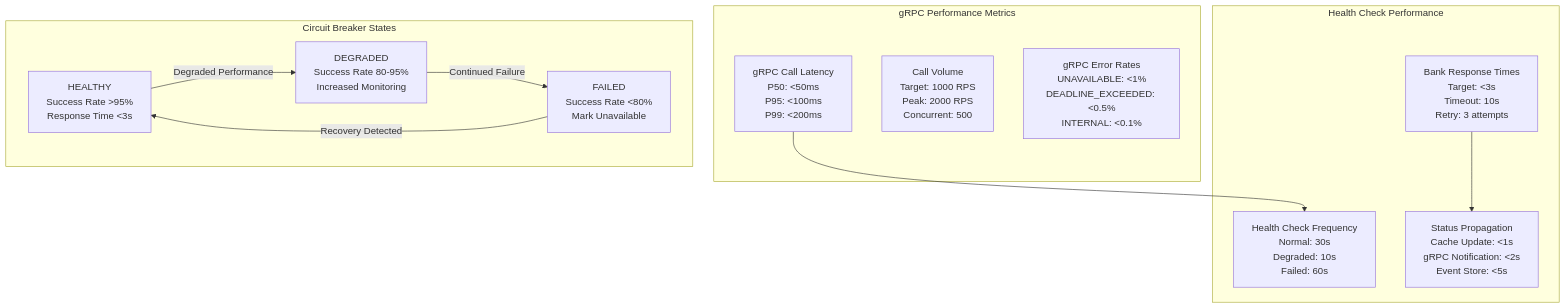
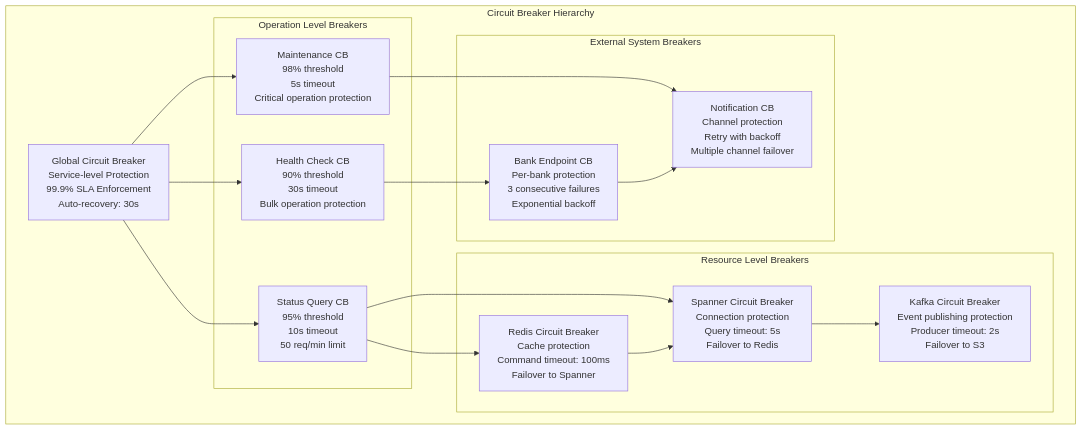
Before and after one commit to hari-p8-io/clearpathgateway: the third of 4 diagrams in docs/diagrams/FAST_AVAILABILITY_SERVICE_TECHNICAL_DIAGRAMS.md, drawn with Mermaid. The commit also changed other lines of this file, not shown here.

````diff
--- a/docs/diagrams/FAST_AVAILABILITY_SERVICE_TECHNICAL_DIAGRAMS.md
+++ b/docs/diagrams/FAST_AVAILABILITY_SERVICE_TECHNICAL_DIAGRAMS.md
@@ -450,27 +1132,36 @@
 ```mermaid
 graph TB
-    subgraph "gRPC Performance Metrics"
-        CallLatency[gRPC Call Latency<br/>P50: <50ms<br/>P95: <100ms<br/>P99: <200ms]
-        CallVolume[Call Volume<br/>Target: 1000 RPS<br/>Peak: 2000 RPS<br/>Concurrent: 500]
-        ErrorRates[gRPC Error Rates<br/>UNAVAILABLE: <1%<br/>DEADLINE_EXCEEDED: <0.5%<br/>INTERNAL: <0.1%]
+    subgraph "Circuit Breaker Hierarchy"
+        GlobalCB[Global Circuit Breaker<br/>Service-level Protection<br/>99.9% SLA Enforcement<br/>Auto-recovery: 30s]
+        
+        subgraph "Operation Level Breakers"
+            StatusQueryCB[Status Query CB<br/>95% threshold<br/>10s timeout<br/>50 req/min limit]
+            HealthCheckCB[Health Check CB<br/>90% threshold<br/>30s timeout<br/>Bulk operation protection]
+            MaintenanceCB[Maintenance CB<br/>98% threshold<br/>5s timeout<br/>Critical operation protection]
+        end
+        
+        subgraph "Resource Level Breakers"
+            SpannerCB[Spanner Circuit Breaker<br/>Connection protection<br/>Query timeout: 5s<br/>Failover to Redis]
+            RedisCB[Redis Circuit Breaker<br/>Cache protection<br/>Command timeout: 100ms<br/>Failover to Spanner]
+            KafkaCB[Kafka Circuit Breaker<br/>Event publishing protection<br/>Producer timeout: 2s<br/>Failover to S3]
+        end
+        
+        subgraph "External System Breakers"
+            BankEndpointCB[Bank Endpoint CB<br/>Per-bank protection<br/>3 consecutive failures<br/>Exponential backoff]
+            NotificationCB[Notification CB<br/>Channel protection<br/>Retry with backoff<br/>Multiple channel failover]
+        end
     end
     
-    subgraph "Health Check Performance"
-        BankResponse[Bank Response Times<br/>Target: <3s<br/>Timeout: 10s<br/>Retry: 3 attempts]
-        CheckFrequency[Health Check Frequency<br/>Normal: 30s<br/>Degraded: 10s<br/>Failed: 60s]
-        StatusPropagation[Status Propagation<br/>Cache Update: <1s<br/>gRPC Notification: <2s<br/>Event Store: <5s]
-    end
+    GlobalCB --> StatusQueryCB
+    GlobalCB --> HealthCheckCB
+    GlobalCB --> MaintenanceCB
     
-    subgraph "Circuit Breaker States"
-        Healthy[HEALTHY<br/>Success Rate >95%<br/>Response Time <3s]
-        Degraded[DEGRADED<br/>Success Rate 80-95%<br/>Increased Monitoring]
-        Failed[FAILED<br/>Success Rate <80%<br/>Mark Unavailable]
-    end
+    StatusQueryCB --> SpannerCB
+    StatusQueryCB --> RedisCB
+    HealthCheckCB --> BankEndpointCB
+    MaintenanceCB --> NotificationCB
     
-    CallLatency --> CheckFrequency
-    BankResponse --> StatusPropagation
-    
-    Healthy -->|Degraded Performance| Degraded
-    Degraded -->|Continued Failure| Failed
-    Failed -->|Recovery Detected| Healthy
+    SpannerCB --> KafkaCB
+    RedisCB --> SpannerCB
+    BankEndpointCB --> NotificationCB
 ```
````
